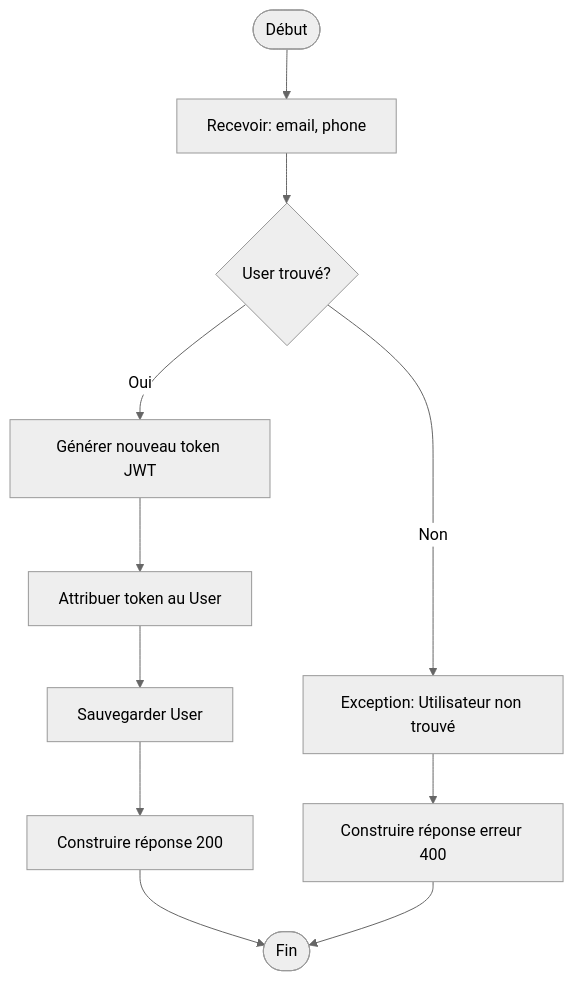
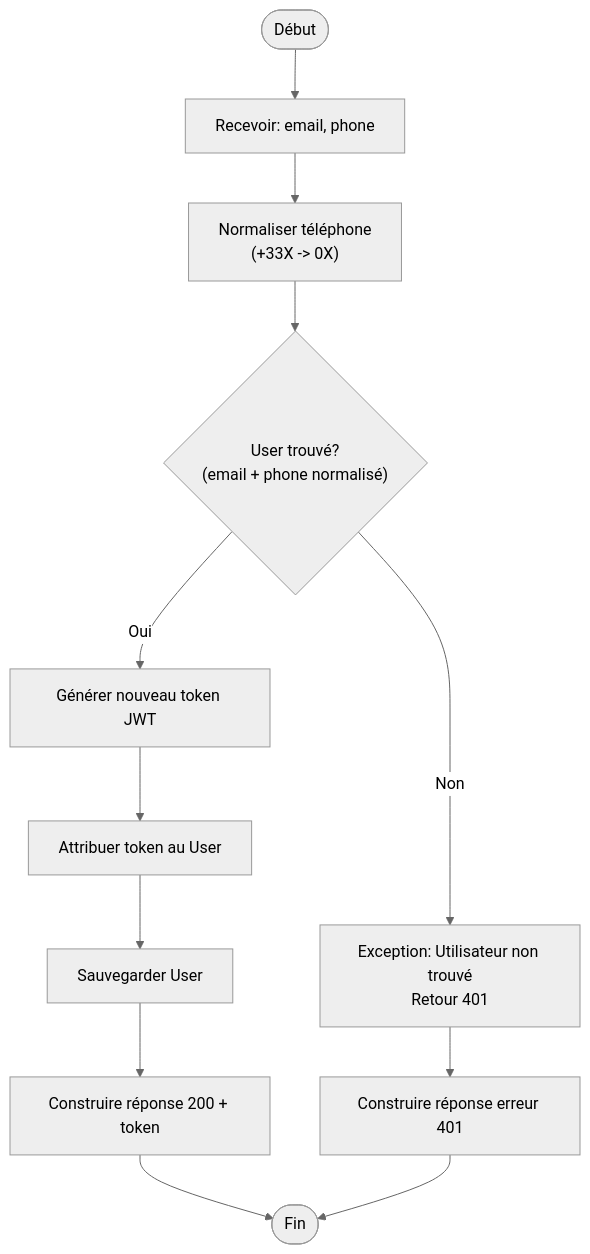
Before and after one commit to oberlinkeyanfe-ops/TP352: the diagram in CFG/loginAndGetToken.md, drawn with Mermaid (neutral theme). The commit also changed 64 other files, not shown here.

````diff
--- a/CFG/loginAndGetToken.md
+++ b/CFG/loginAndGetToken.md
@@ -1,13 +1,14 @@
 ```mermaid
 flowchart TD
     Start(["Début"]) --> Input["Recevoir: email, phone"]
-    Input --> FindUser{"User trouvé?"}
-    FindUser -->|"Non"| ErrorLogin["Exception: Utilisateur non trouvé"]
+    Input --> NormalizePhone["Normaliser téléphone<br/>(+33X -> 0X)"]
+    NormalizePhone --> FindUser{"User trouvé?<br/>(email + phone normalisé)"}
+    FindUser -->|"Non"| ErrorLogin["Exception: Utilisateur non trouvé<br/>Retour 401"]
     FindUser -->|"Oui"| GenToken["Générer nouveau token JWT"]
     GenToken --> SetToken["Attribuer token au User"]
     SetToken --> SaveUser["Sauvegarder User"]
-    SaveUser --> BuildResponse["Construire réponse 200"]
-    ErrorLogin --> BuildError["Construire réponse erreur 400"]
+    SaveUser --> BuildResponse["Construire réponse 200 + token"]
+    ErrorLogin --> BuildError["Construire réponse erreur 401"]
     BuildResponse --> Return(["Fin"])
     BuildError --> Return
 ```
````
